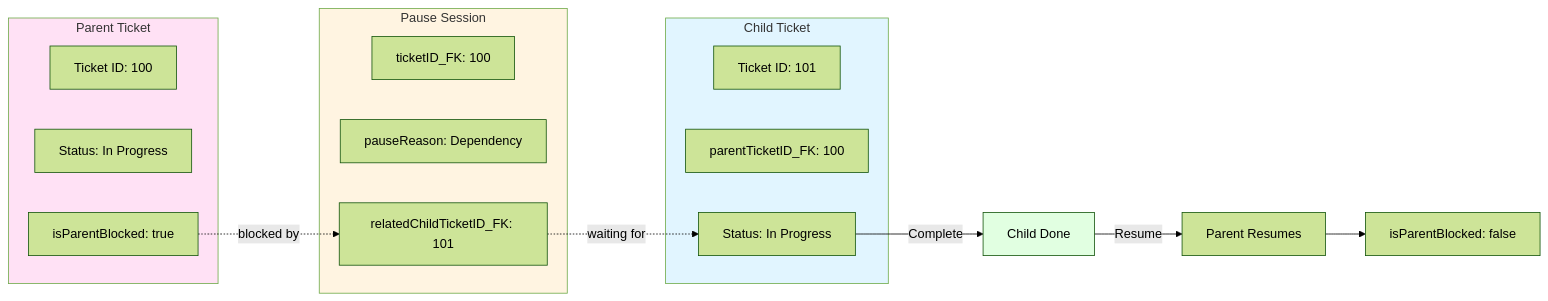
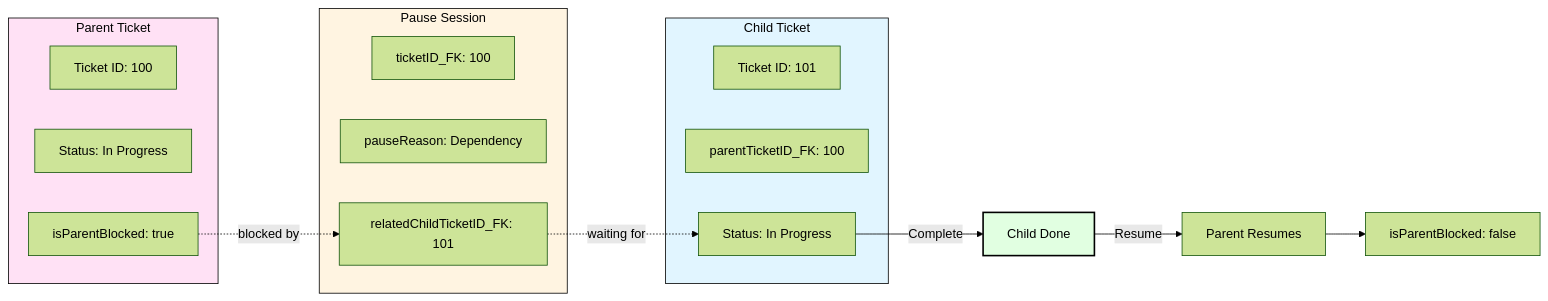
Before and after one commit to Fahad1993/SmartFoundationTickets: diagram 11 of 12 in workflow_analysis.md, drawn with Mermaid (forest theme). The commit also changed other lines of this file and 25 other files, not shown here.

First line of the commit message:
Add ticketing DB schema and sync workflows

````diff
--- a/workflow_analysis.md
+++ b/workflow_analysis.md
@@ -501,32 +555,39 @@
 ```mermaid
 graph LR
     subgraph Parent["Parent Ticket"]
         P1[Ticket ID: 100]
         P2[Status: In Progress]
         P3[isParentBlocked: true]
     end
 
     subgraph Child["Child Ticket"]
         C1[Ticket ID: 101]
         C2[parentTicketID_FK: 100]
         C3[Status: In Progress]
     end
 
     subgraph Pause["Pause Session"]
         PS1[ticketID_FK: 100]
         PS2[pauseReason: Dependency]
         PS3[relatedChildTicketID_FK: 101]
     end
 
     P3 -.->|blocked by| PS3
     PS3 -.->|waiting for| C3
 
     C3 -->|Complete| Done[Child Done]
     Done -->|Resume| Resume[Parent Resumes]
     Resume --> P3b[isParentBlocked: false]
 
-    style Parent fill:#ffe1f5
-    style Child fill:#e1f5ff
-    style Pause fill:#fff4e1
-    style Done fill:#e1ffe1
+    classDef parentFont fill:#ffe1f5,stroke:#000000,stroke-width:1px,color:#000000;
+    class Parent parentFont;
+
+    classDef childFont fill:#e1f5ff,stroke:#000000,stroke-width:1px,color:#000000;
+    class Child childFont;
+
+    classDef pauseFont fill:#fff4e1,stroke:#000000,stroke-width:1px,color:#000000;
+    class Pause pauseFont;
+
+    classDef doneFont fill:#e1ffe1,stroke:#000000,stroke-width:2px,color:#000000;
+    class Done doneFont;
 ```
````
